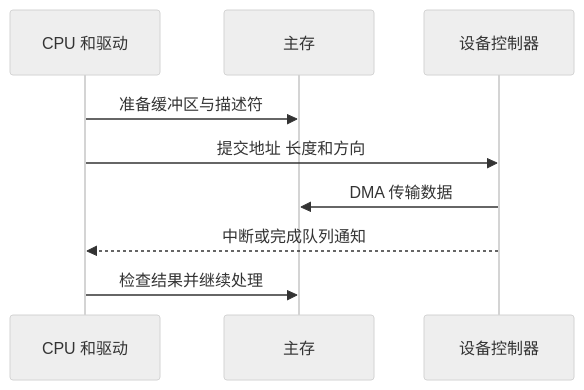
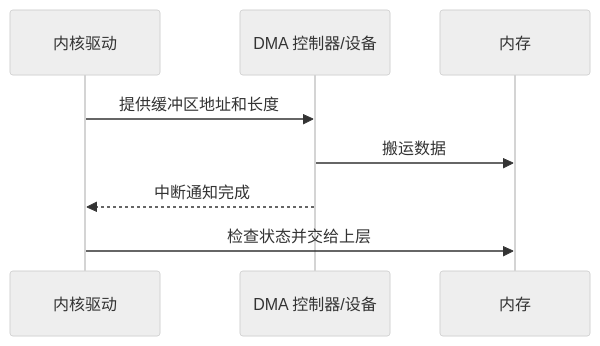
The second of 2 diagrams in 05_interview/fundamentals/cs-core/computer-organization/04-io-multicore/index.md (ranxi2001/zero2Leetcode), drawn with Mermaid (neutral theme) before and after one commit. The commit also changed other lines of this file and 38 other files, not shown here.

````diff
--- a/05_interview/fundamentals/cs-core/computer-organization/04-io-multicore/index.md
+++ b/05_interview/fundamentals/cs-core/computer-organization/04-io-multicore/index.md
@@ -105,11 +57,10 @@
 ```mermaid
 sequenceDiagram
-    participant CPU as CPU 和驱动
-    participant MEM as 主存
-    participant DEV as 设备控制器
-    CPU->>MEM: 准备缓冲区与描述符
-    CPU->>DEV: 提交地址 长度和方向
-    DEV->>MEM: DMA 传输数据
-    DEV-->>CPU: 中断或完成队列通知
-    CPU->>MEM: 检查结果并继续处理
+    participant K as 内核驱动
+    participant D as DMA 控制器/设备
+    participant M as 内存
+    K->>D: 提供缓冲区地址和长度
+    D->>M: 搬运数据
+    D-->>K: 中断通知完成
+    K->>M: 检查状态并交给上层
 ```
````
